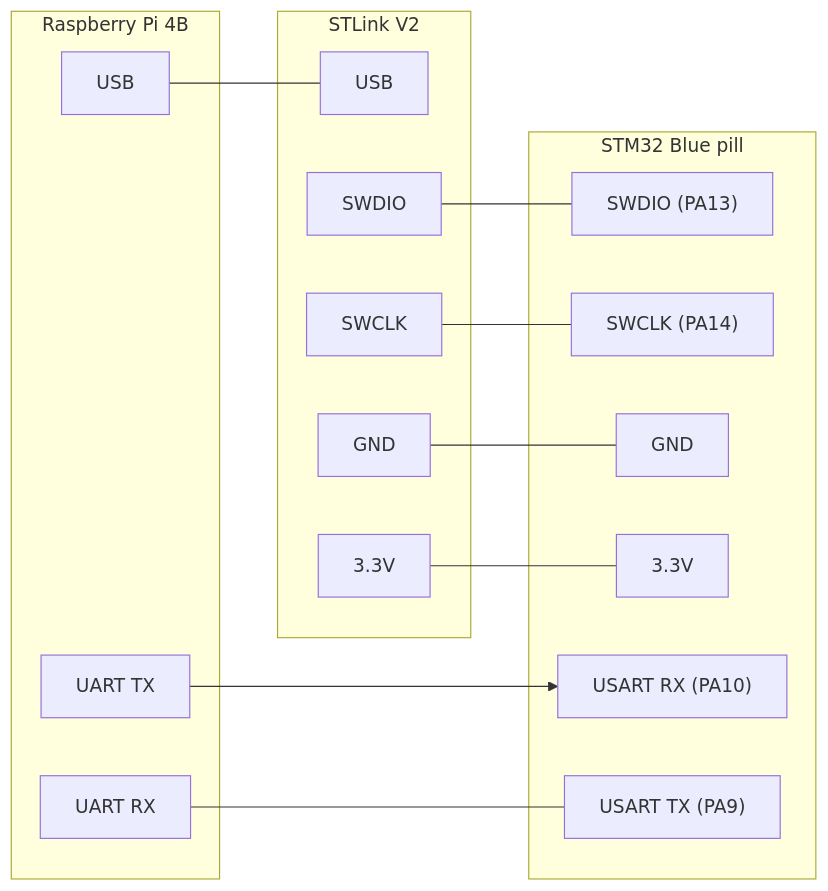
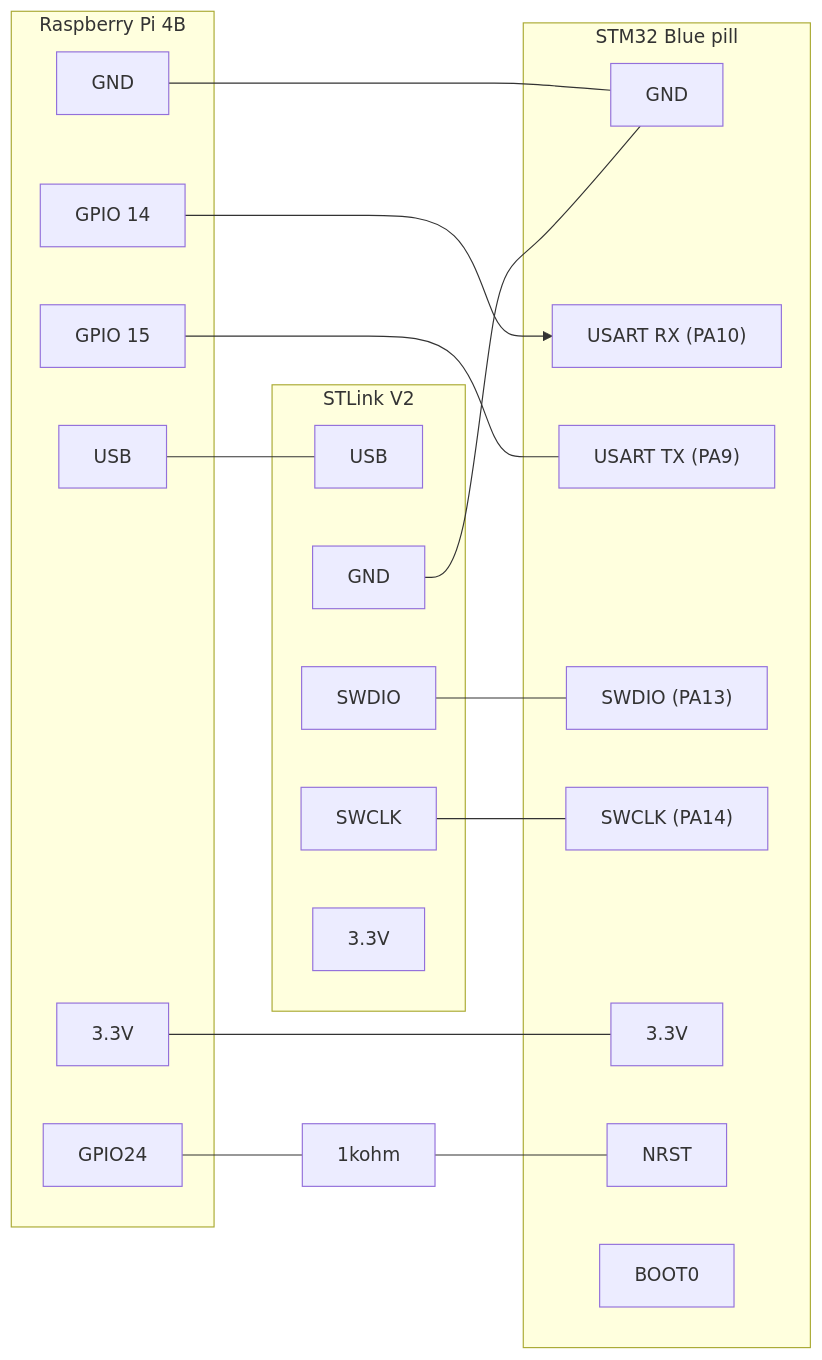
Before and after one commit to renn0xtek9/robot: the diagram in docs/system/HardwareInTheLoop.md, drawn with Mermaid. The commit also changed other lines of this file and 4 other files, not shown here.

````diff
--- a/docs/system/HardwareInTheLoop.md
+++ b/docs/system/HardwareInTheLoop.md
@@ -8,34 +8,43 @@
 ```mermaid
 flowchart LR
     subgraph RPI["Raspberry Pi 4B"]
         USB["USB"]
-        UART_TX["UART TX"]
-        UART_RX["UART RX"]
+        UART_TX["GPIO 14"]
+        UART_RX["GPIO 15"]
+        RPI_3V3["3.3V"]
+        RPI_GND["GND"]
+        RPI_RESET_TRIGGER["GPIO24"]
     end
 
     subgraph STM32["STM32 Blue pill"]
         ST_GND["GND"]
         ST_USART_RX["USART RX (PA10)"]
         ST_USART_TX["USART TX (PA9)"]
         ST_PA13["SWDIO (PA13)"]
         ST_PA14["SWCLK (PA14)"]
         ST_3V3["3.3V"]
+        ST_NRST["NRST"]
+        ST_BOOT0["BOOT0"]
         
     end
 
     subgraph STLINK["STLink V2"]
         STL_USB["USB"]
         STL_SWDIO["SWDIO"]
         STL_SWCLK["SWCLK"]
         STL_GND["GND"]
         STL_3V3["3.3V"]
     end
+
     UART_TX --> ST_USART_RX
     UART_RX --- ST_USART_TX
     USB --- STL_USB
 
     STL_SWDIO --- ST_PA13
     STL_SWCLK --- ST_PA14
     STL_GND --- ST_GND
-    STL_3V3 --- ST_3V3
+    RPI_3V3 --- ST_3V3
+
+    RPI_GND --- ST_GND
+    RPI_RESET_TRIGGER --- 1kohm ---  ST_NRST 
 ```
````
